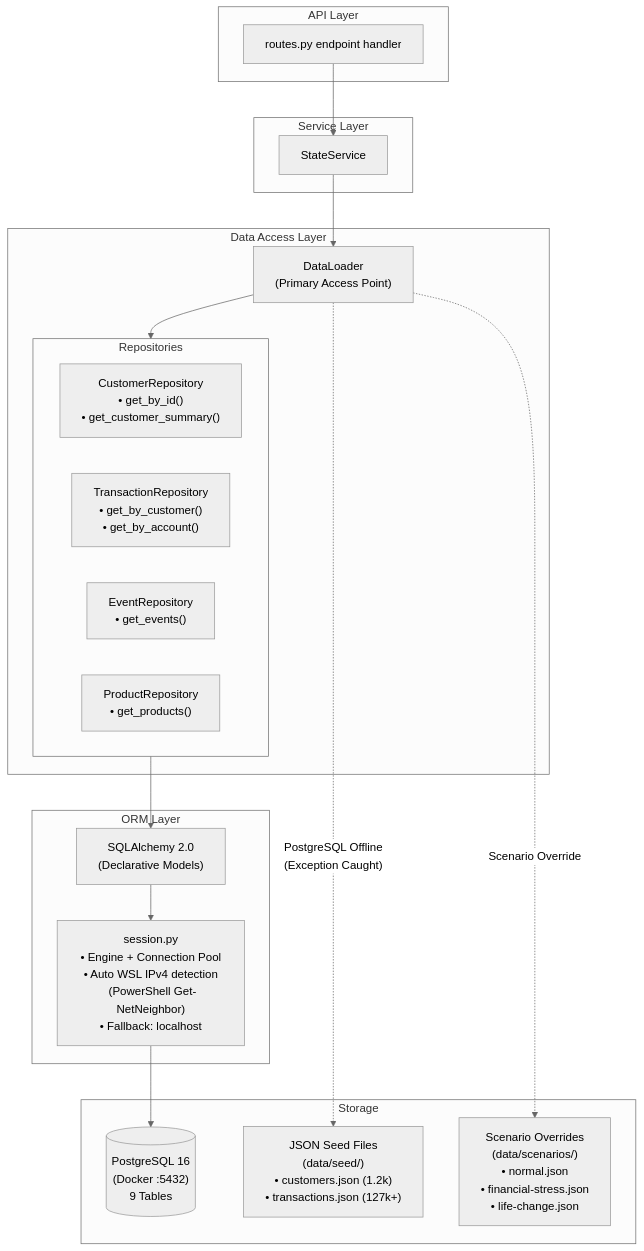
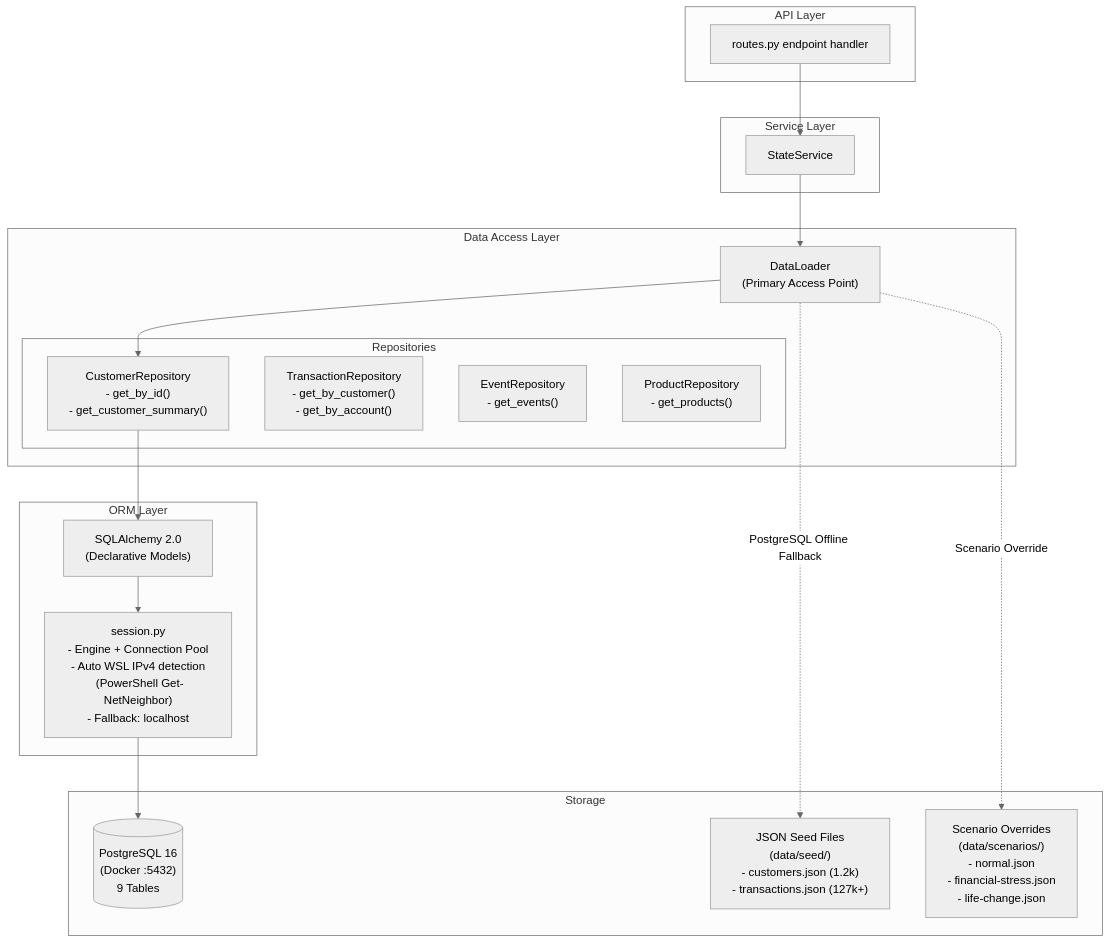
One commit to Neutron-0/ABC-Bank changed diagram 27 of 41 in README.md. Above: the diagram before and after it, drawn with Mermaid (neutral theme). The commit also changed other lines of this file and 33 other files, not shown here.

````diff
--- a/README.md
+++ b/README.md
@@ -1935,41 +1707,42 @@
 ```mermaid
 flowchart TD
   subgraph APILayerDB["API Layer"]
     Route["routes.py endpoint handler"]
   end
 
   subgraph ServiceLayerDB["Service Layer"]
     StateServiceDB["StateService"]
   end
 
   subgraph DataAccessDB["Data Access Layer"]
-    DataLoaderDB["DataLoader\n(Primary Access Point)"]
+    DataLoaderDB["DataLoader<br/>(Primary Access Point)"]
     
     subgraph Repos["Repositories"]
-      CustRepoDB["CustomerRepository\n• get_by_id()\n• get_customer_summary()"]
-      TxnRepoDB["TransactionRepository\n• get_by_customer()\n• get_by_account()"]
-      EvtRepoDB["EventRepository\n• get_events()"]
-      ProdRepoDB["ProductRepository\n• get_products()"]
+      CustRepoDB["CustomerRepository<br/>- get_by_id()<br/>- get_customer_summary()"]
+      TxnRepoDB["TransactionRepository<br/>- get_by_customer()<br/>- get_by_account()"]
+      EvtRepoDB["EventRepository<br/>- get_events()"]
+      ProdRepoDB["ProductRepository<br/>- get_products()"]
     end
   end
 
   subgraph ORMLayer["ORM Layer"]
-    SQLAlchemy["SQLAlchemy 2.0\n(Declarative Models)"]
-    SessionDB["session.py\n• Engine + Connection Pool\n• Auto WSL IPv4 detection\n (PowerShell Get-NetNeighbor)\n• Fallback: localhost"]
+    SQLAlchemy["SQLAlchemy 2.0<br/>(Declarative Models)"]
+    SessionDB["session.py<br/>- Engine + Connection Pool<br/>- Auto WSL IPv4 detection<br/> (PowerShell Get-NetNeighbor)<br/>- Fallback: localhost"]
   end
 
   subgraph StorageDB["Storage"]
-    PostgreSQLDB[("PostgreSQL 16\n(Docker :5432)\n9 Tables")]
-    JSONSeedDB["JSON Seed Files\n(data/seed/)\n• customers.json (1.2k)\n• transactions.json (127k+)"]
-    ScenarioFilesDB["Scenario Overrides\n(data/scenarios/)\n• normal.json\n• financial-stress.json\n• life-change.json"]
+    PostgreSQLDB[("PostgreSQL 16<br/>(Docker :5432)<br/>9 Tables")]
+    JSONSeedDB["JSON Seed Files<br/>(data/seed/)<br/>- customers.json (1.2k)<br/>- transactions.json (127k+)"]
+    ScenarioFilesDB["Scenario Overrides<br/>(data/scenarios/)<br/>- normal.json<br/>- financial-stress.json<br/>- life-change.json"]
   end
 
   Route --> StateServiceDB
   StateServiceDB --> DataLoaderDB
-  DataLoaderDB --> Repos
-  Repos --> SQLAlchemy --> SessionDB
+  DataLoaderDB --> CustRepoDB
+  CustRepoDB --> SQLAlchemy
+  SQLAlchemy --> SessionDB
   SessionDB --> PostgreSQLDB
   
-  DataLoaderDB -.->|"PostgreSQL Offline\n(Exception Caught)"| JSONSeedDB
-  DataLoaderDB -.->|"Scenario Override"| ScenarioFilesDB
+  DataLoaderDB -.->|PostgreSQL Offline Fallback| JSONSeedDB
+  DataLoaderDB -.->|Scenario Override| ScenarioFilesDB
 ```
````
